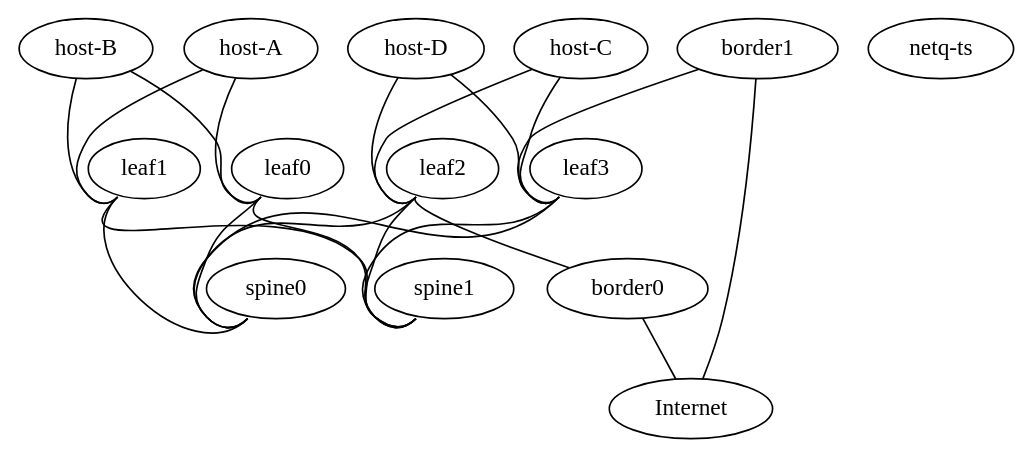
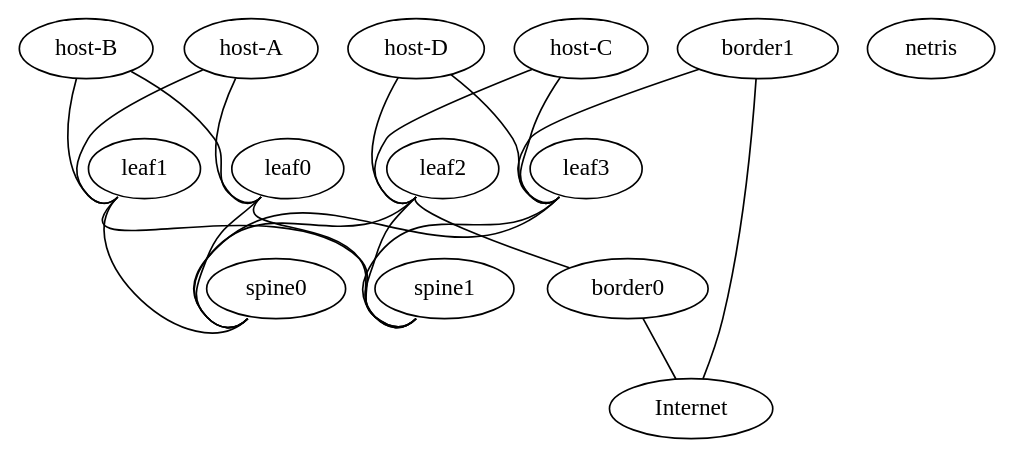
Before and after one commit to networkop/netris-on-air: the diagram in air/netris-ai.dot, drawn with Graphviz. The commit also changed 2 other files, not shown here.

```diff
--- a/air/netris-ai.dot
+++ b/air/netris-ai.dot
@@ -1,36 +1,36 @@
 graph "netris-ai" {
   "spine0" [ memory="1024" os="cumulus-vx-3.7.15" cpus="1"]
   "spine1" [ memory="1024" os="cumulus-vx-3.7.15" cpus="1"]
   "leaf0" [ memory="1024" os="cumulus-vx-3.7.15" cpus="1"]
   "leaf1" [ memory="1024" os="cumulus-vx-3.7.15" cpus="1"]
   "leaf2" [ memory="1024" os="cumulus-vx-3.7.15" cpus="1"]
   "leaf3" [ memory="1024" os="cumulus-vx-3.7.15" cpus="1"]
   "host-A" [ memory="1024" os="generic/ubuntu1804" cpus="1"]
   "host-B" [ memory="1024" os="generic/ubuntu1804" cpus="1"]
   "host-C" [ memory="1024" os="generic/ubuntu1804" cpus="1"]
   "host-D" [ memory="1024" os="generic/ubuntu1804" cpus="1"]
   "Internet" [ memory="1024" os="generic/ubuntu1804" cpus="1"]
   "border0" [ memory="1024" os="generic/ubuntu1804" cpus="1"]
   "border1" [ memory="1024" os="generic/ubuntu1804" cpus="1"]
-  "netq-ts" [ os="netq-ts-cloud-4.1.1" ]
+  "netris" [ memory="1024" os="generic/ubuntu2004" cpus="1"]
     "leaf0":"swp1" -- "spine0":"swp1"
     "leaf1":"swp1" -- "spine0":"swp2"
     "leaf0":"swp2" -- "spine1":"swp1"
     "leaf1":"swp2" -- "spine1":"swp2"
     "host-A":"eth1" -- "leaf0":"swp3"
     "host-A":"eth2" -- "leaf1":"swp3"
     "host-B":"eth2" -- "leaf1":"swp4"
     "host-B":"eth1" -- "leaf0":"swp4"
     "border1":"eth2" -- "Internet":"eth2"
     "border0":"eth2" -- "Internet":"eth1"
     "leaf2":"swp1" -- "spine0":"swp3"
     "leaf2":"swp2" -- "spine1":"swp3"
     "host-C":"eth1" -- "leaf2":"swp3"
     "host-D":"eth1" -- "leaf2":"swp4"
     "leaf2":"swp5" -- "border0":"eth1"
     "leaf3":"swp1" -- "spine0":"swp4"
     "leaf3":"swp2" -- "spine1":"swp4"
     "host-C":"eth2" -- "leaf3":"swp3"
     "host-D":"eth2" -- "leaf3":"swp4"
     "border1":"eth1" -- "leaf3":"swp5"
 }
```
